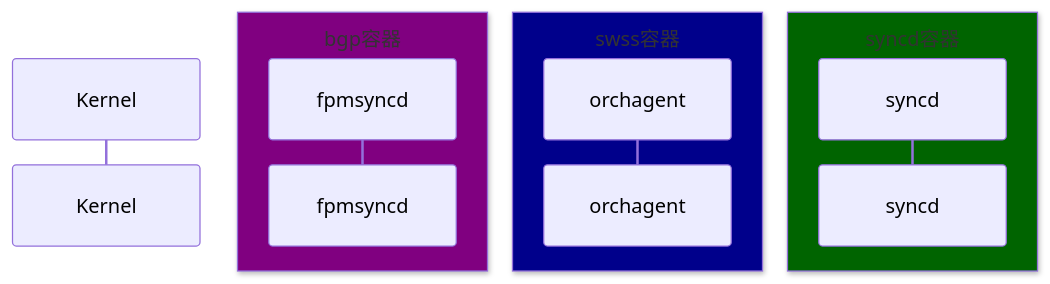
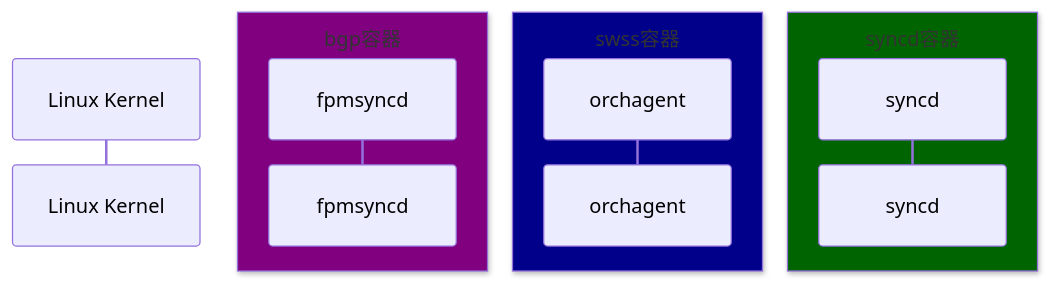
The second of 2 diagrams in src/5-2-bgp-workflow.md (r12f/sonic-book), drawn with Mermaid before and after one commit. The commit also changed other lines of this file and 4 other files, not shown here.

````diff
--- a/src/5-2-bgp-workflow.md
+++ b/src/5-2-bgp-workflow.md
@@ -144,14 +215,14 @@
 ```mermaid
 sequenceDiagram
     autonumber
-    participant K as Kernel
+    participant K as Linux Kernel
     box purple bgp容器
     participant FPM as fpmsyncd
     end
     box darkblue swss容器
     participant OA as orchagent
     end
     box darkgreen syncd容器
     participant SD as syncd
     end
 ```
````
